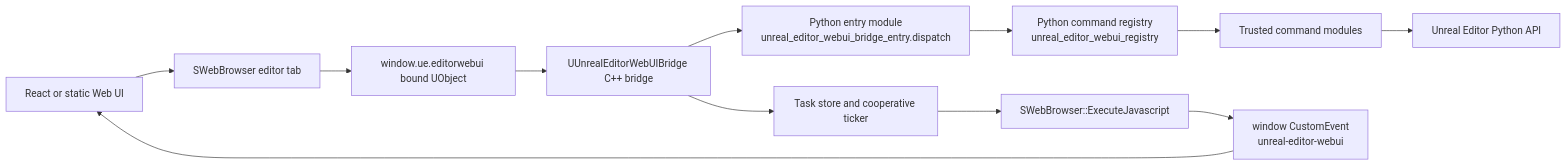
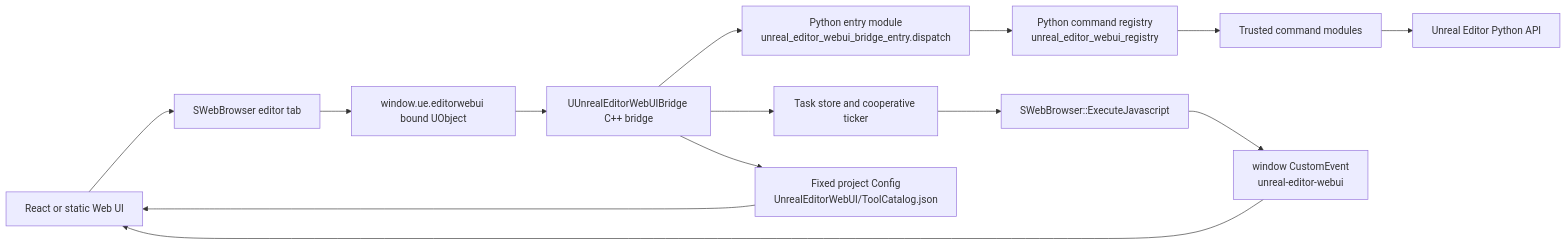
Before and after one commit to zhuoxyang/unreal-editor-webui: the diagram in docs/architecture.md, drawn with Mermaid. The commit also changed other lines of this file and 35 other files, not shown here.

Commit message:
feat: load runtime project tool catalogs (#99)

````diff
--- a/docs/architecture.md
+++ b/docs/architecture.md
@@ -7,14 +7,16 @@
 ```mermaid
 flowchart LR
     A["React or static Web UI"] --> B["SWebBrowser editor tab"]
     B --> C["window.ue.editorwebui bound UObject"]
     C --> D["UUnrealEditorWebUIBridge C++ bridge"]
     D --> E["Python entry module<br/>unreal_editor_webui_bridge_entry.dispatch"]
     E --> F["Python command registry<br/>unreal_editor_webui_registry"]
     F --> G["Trusted command modules"]
     G --> H["Unreal Editor Python API"]
     D --> I["Task store and cooperative ticker"]
     I --> J["SWebBrowser::ExecuteJavascript"]
     J --> K["window CustomEvent<br/>unreal-editor-webui"]
     K --> A
+    D --> L["Fixed project Config<br/>UnrealEditorWebUI/ToolCatalog.json"]
+    L --> A
 ```
````
